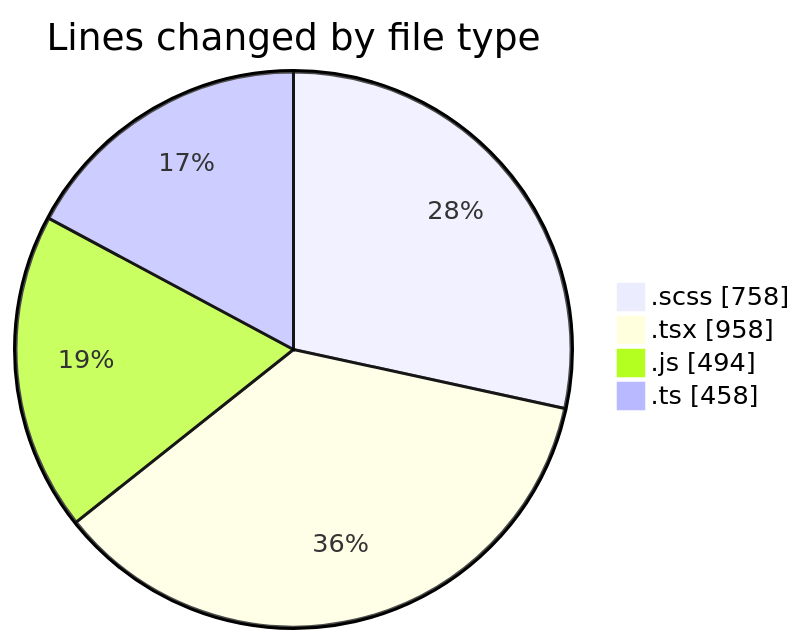
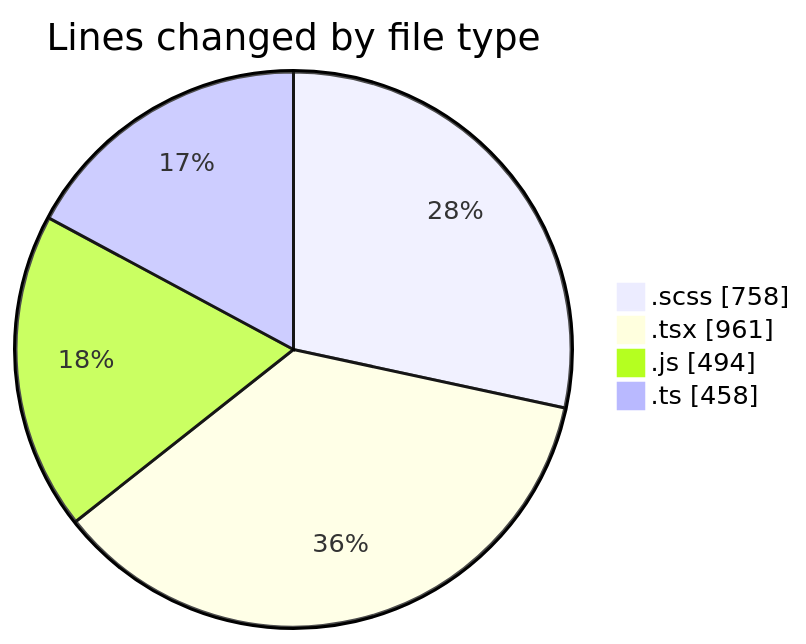
One commit to momahboobian/code-tracking changed the first of 2 diagrams in 2025-03-14/cda/README.md. Above: the diagram before and after it, drawn with Mermaid. The commit also changed other lines of this file and 1 other file, not shown here.

````diff
--- a/2025-03-14/cda/README.md
+++ b/2025-03-14/cda/README.md
@@ -34,8 +34,8 @@
 ```mermaid
 pie showData
 title Lines changed by file type
 ".scss" : 758
-".tsx" : 958
+".tsx" : 961
 ".js" : 494
 ".ts" : 458
 ```
````
